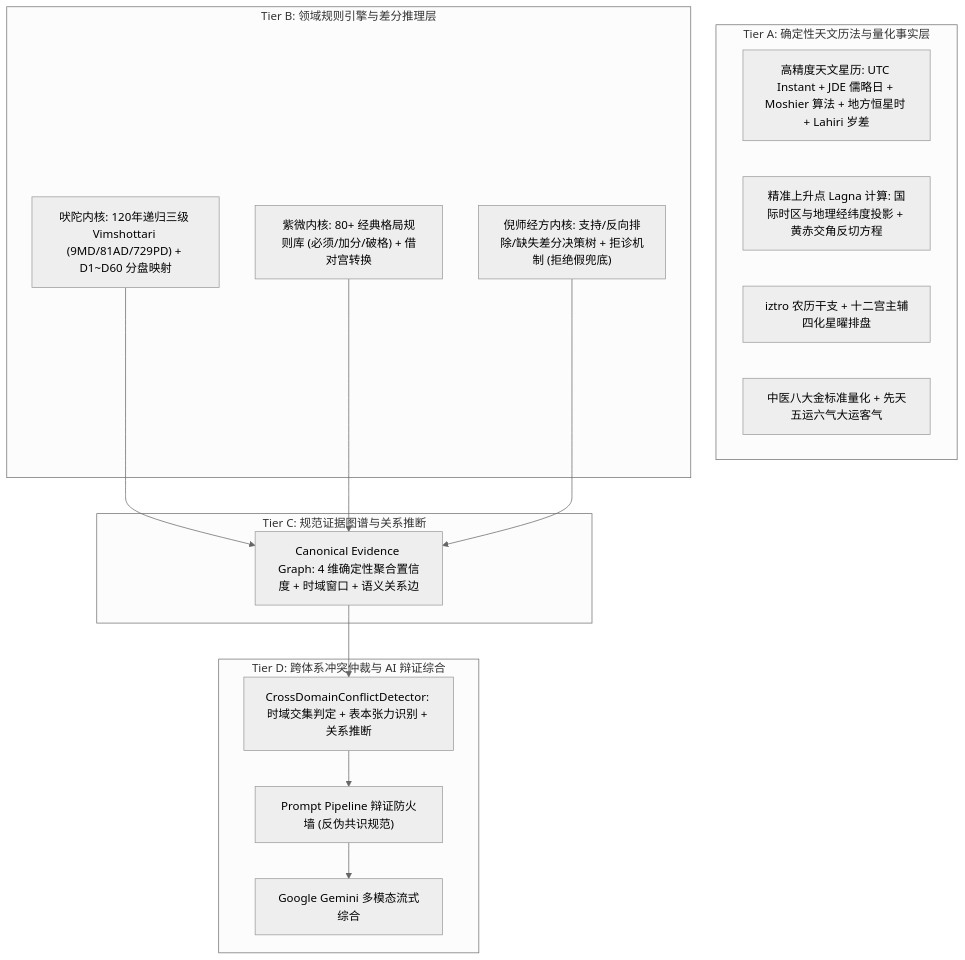
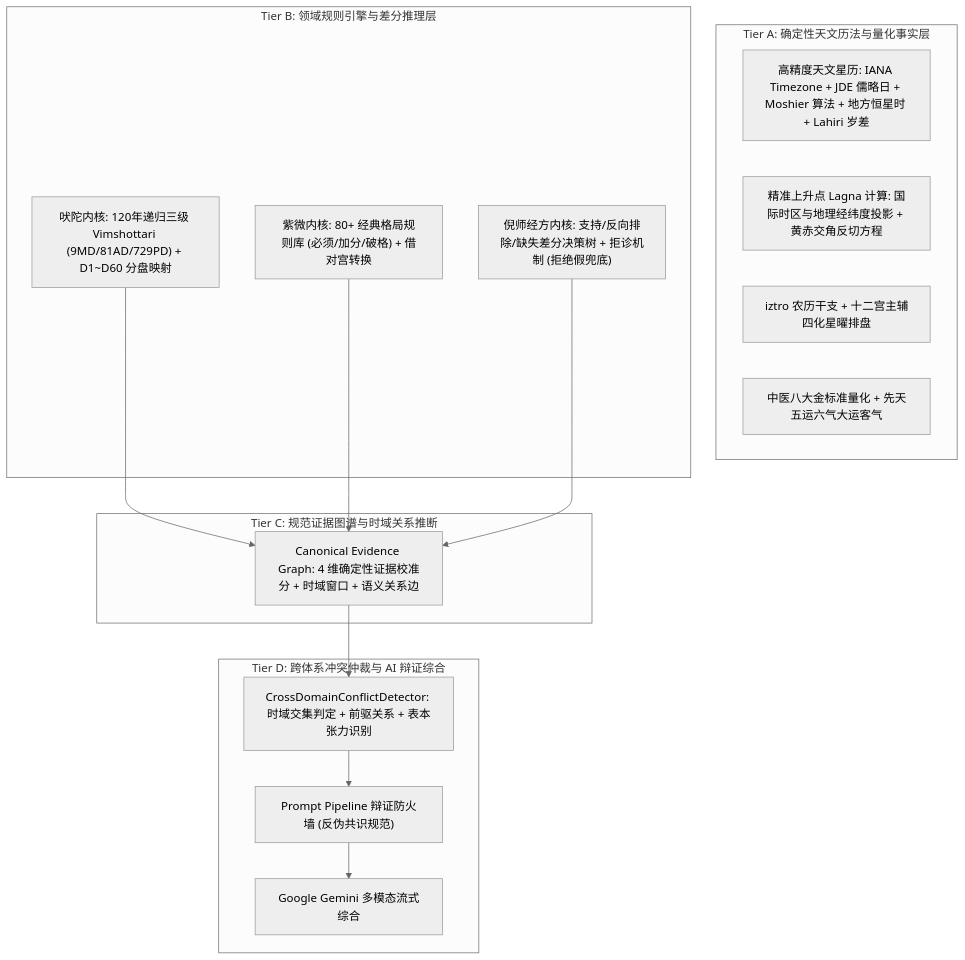
One commit to MeiSiristhebest/mystic changed the diagram in README.md. Above: the diagram before and after it, drawn with Mermaid (neutral theme). The commit also changed other lines of this file and 13 other files, not shown here.

````diff
--- a/README.md
+++ b/README.md
@@ -72,29 +72,29 @@
 ```mermaid
 graph TD
     subgraph Layer1 [Tier A: 确定性天文历法与量化事实层]
-        Ephem["高精度天文星历: UTC Instant + JDE 儒略日 + Moshier 算法 + 地方恒星时 + Lahiri 岁差"]
+        Ephem["高精度天文星历: IANA Timezone + JDE 儒略日 + Moshier 算法 + 地方恒星时 + Lahiri 岁差"]
         Asc["精准上升点 Lagna 计算: 国际时区与地理经纬度投影 + 黄赤交角反切方程"]
         Iztro["iztro 农历干支 + 十二宫主辅四化星曜排盘"]
         TcmStd["中医八大金标准量化 + 先天五运六气大运客气"]
     end
 
     subgraph Layer2 [Tier B: 领域规则引擎与差分推理层]
         V_Engine["吠陀内核: 120年递归三级 Vimshottari (9MD/81AD/729PD) + D1~D60 分盘映射"]
         Z_Engine["紫微内核: 80+ 经典格局规则库 (必须/加分/破格) + 借对宫转换"]
         T_Engine["倪师经方内核: 支持/反向排除/缺失差分决策树 + 拒诊机制 (拒绝假兜底)"]
     end
 
-    subgraph Layer3 [Tier C: 规范证据图谱与关系推断]
-        CEG["Canonical Evidence Graph: 4 维确定性聚合置信度 + 时域窗口 + 语义关系边"]
+    subgraph Layer3 [Tier C: 规范证据图谱与时域关系推断]
+        CEG["Canonical Evidence Graph: 4 维确定性证据校准分 + 时域窗口 + 语义关系边"]
         V_Engine --> CEG
         Z_Engine --> CEG
         T_Engine --> CEG
     end
 
     subgraph Layer4 [Tier D: 跨体系冲突仲裁与 AI 辩证综合]
-        Arbitrator["CrossDomainConflictDetector: 时域交集判定 + 表本张力识别 + 关系推断"]
+        Arbitrator["CrossDomainConflictDetector: 时域交集判定 + 前驱关系 + 表本张力识别"]
         CEG --> Arbitrator
         Arbitrator --> Firewall["Prompt Pipeline 辩证防火墙 (反伪共识规范)"]
         Firewall --> LLM["Google Gemini 多模态流式综合"]
     end
 ```
````
